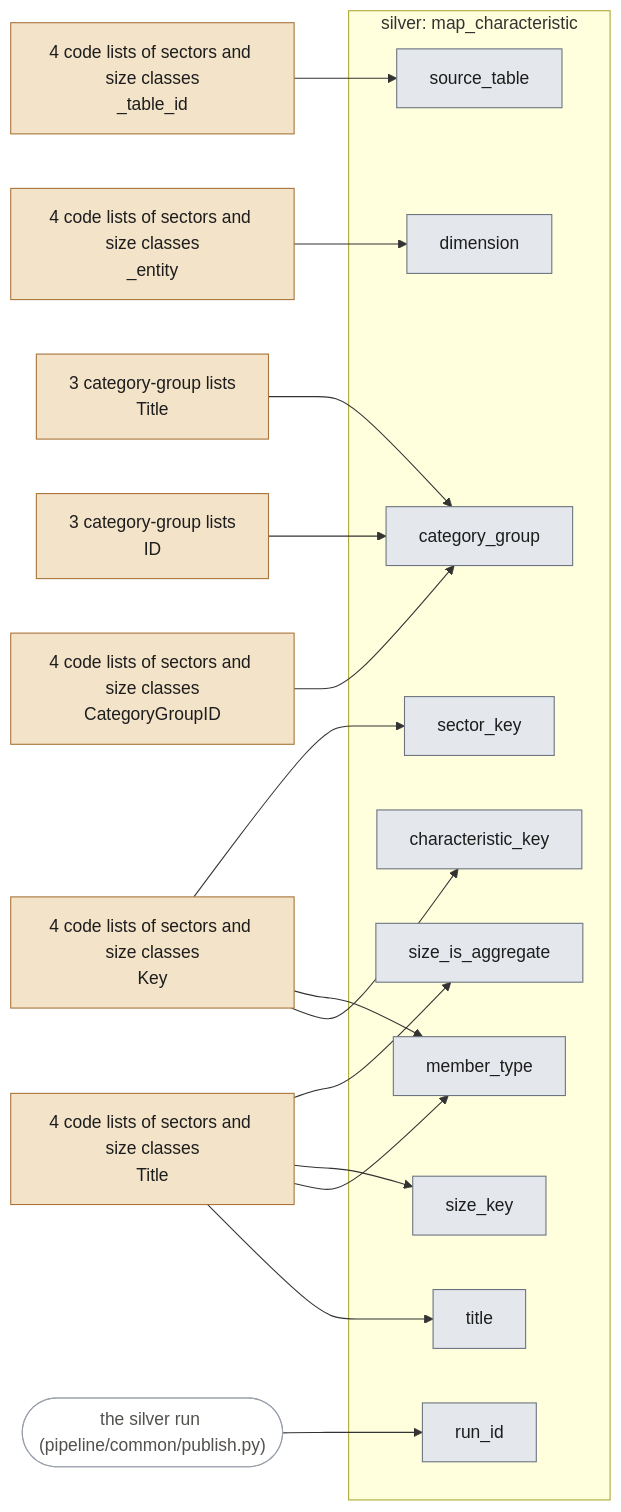
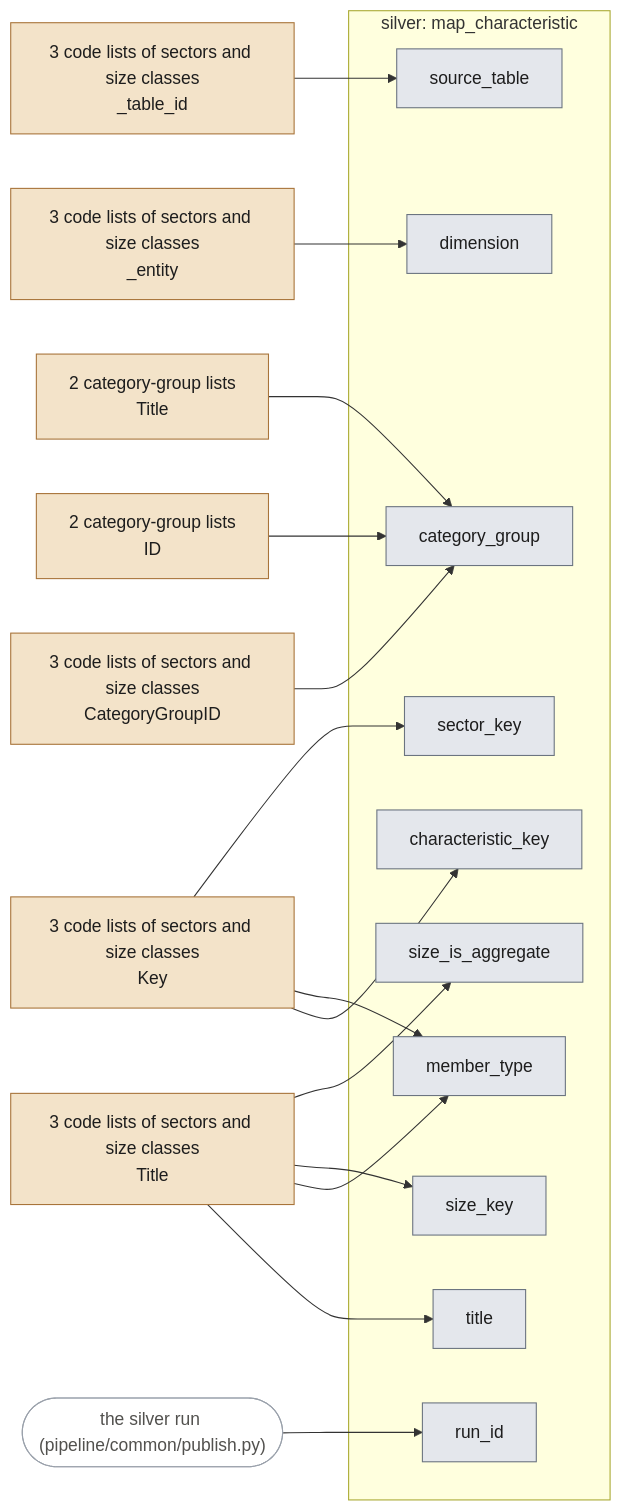
One commit to stefancodecommit/AOV_Lakehouse changed the second of 18 diagrams in docs/lineage.md. Above: the diagram before and after it, drawn with Mermaid. The commit also changed other lines of this file and 20 other files, not shown here.

First line of the commit message:
Remove CBS 83130NED: the old absence survey reached no gold table

````diff
--- a/docs/lineage.md
+++ b/docs/lineage.md
@@ -126,41 +119,41 @@
 ```mermaid
 flowchart LR
-  n_src_80072ned_bedrijfskenmerkensbi2008_81589ned_bedrijfstakkenbranchessbi2008_83130ned_bedrijfskenmerken_86009ned_bedrijfskenmerken_CategoryGroupID["4 code lists of sectors and size classes<br/>CategoryGroupID"]:::bronze
-  n_src_80072ned_bedrijfskenmerkensbi2008_81589ned_bedrijfstakkenbranchessbi2008_83130ned_bedrijfskenmerken_86009ned_bedrijfskenmerken_Key["4 code lists of sectors and size classes<br/>Key"]:::bronze
-  n_src_80072ned_bedrijfskenmerkensbi2008_81589ned_bedrijfstakkenbranchessbi2008_83130ned_bedrijfskenmerken_86009ned_bedrijfskenmerken_Title["4 code lists of sectors and size classes<br/>Title"]:::bronze
-  n_src_80072ned_bedrijfskenmerkensbi2008_81589ned_bedrijfstakkenbranchessbi2008_83130ned_bedrijfskenmerken_86009ned_bedrijfskenmerken__entity["4 code lists of sectors and size classes<br/>_entity"]:::bronze
-  n_src_80072ned_bedrijfskenmerkensbi2008_81589ned_bedrijfstakkenbranchessbi2008_83130ned_bedrijfskenmerken_86009ned_bedrijfskenmerken__table_id["4 code lists of sectors and size classes<br/>_table_id"]:::bronze
-  n_src_80072ned_categorygroups_83130ned_categorygroups_86009ned_categorygroups_ID["3 category-group lists<br/>ID"]:::bronze
-  n_src_80072ned_categorygroups_83130ned_categorygroups_86009ned_categorygroups_Title["3 category-group lists<br/>Title"]:::bronze
+  n_src_80072ned_bedrijfskenmerkensbi2008_81589ned_bedrijfstakkenbranchessbi2008_86009ned_bedrijfskenmerken_CategoryGroupID["3 code lists of sectors and size classes<br/>CategoryGroupID"]:::bronze
+  n_src_80072ned_bedrijfskenmerkensbi2008_81589ned_bedrijfstakkenbranchessbi2008_86009ned_bedrijfskenmerken_Key["3 code lists of sectors and size classes<br/>Key"]:::bronze
+  n_src_80072ned_bedrijfskenmerkensbi2008_81589ned_bedrijfstakkenbranchessbi2008_86009ned_bedrijfskenmerken_Title["3 code lists of sectors and size classes<br/>Title"]:::bronze
+  n_src_80072ned_bedrijfskenmerkensbi2008_81589ned_bedrijfstakkenbranchessbi2008_86009ned_bedrijfskenmerken__entity["3 code lists of sectors and size classes<br/>_entity"]:::bronze
+  n_src_80072ned_bedrijfskenmerkensbi2008_81589ned_bedrijfstakkenbranchessbi2008_86009ned_bedrijfskenmerken__table_id["3 code lists of sectors and size classes<br/>_table_id"]:::bronze
+  n_src_80072ned_categorygroups_86009ned_categorygroups_ID["2 category-group lists<br/>ID"]:::bronze
+  n_src_80072ned_categorygroups_86009ned_categorygroups_Title["2 category-group lists<br/>Title"]:::bronze
   run(["the silver run (pipeline/common/publish.py)"]):::run
   subgraph n_tbl_map_characteristic["silver: map_characteristic"]
     n_col_source_table["source_table"]:::silver
     n_col_dimension["dimension"]:::silver
     n_col_characteristic_key["characteristic_key"]:::silver
     n_col_title["title"]:::silver
     n_col_category_group["category_group"]:::silver
     n_col_member_type["member_type"]:::silver
     n_col_sector_key["sector_key"]:::silver
     n_col_size_key["size_key"]:::silver
     n_col_size_is_aggregate["size_is_aggregate"]:::silver
     n_col_run_id["run_id"]:::silver
   end
-  n_src_80072ned_bedrijfskenmerkensbi2008_81589ned_bedrijfstakkenbranchessbi2008_83130ned_bedrijfskenmerken_86009ned_bedrijfskenmerken__table_id --> n_col_source_table
-  n_src_80072ned_bedrijfskenmerkensbi2008_81589ned_bedrijfstakkenbranchessbi2008_83130ned_bedrijfskenmerken_86009ned_bedrijfskenmerken__entity --> n_col_dimension
-  n_src_80072ned_bedrijfskenmerkensbi2008_81589ned_bedrijfstakkenbranchessbi2008_83130ned_bedrijfskenmerken_86009ned_bedrijfskenmerken_Key --> n_col_characteristic_key
-  n_src_80072ned_bedrijfskenmerkensbi2008_81589ned_bedrijfstakkenbranchessbi2008_83130ned_bedrijfskenmerken_86009ned_bedrijfskenmerken_Title --> n_col_title
-  n_src_80072ned_bedrijfskenmerkensbi2008_81589ned_bedrijfstakkenbranchessbi2008_83130ned_bedrijfskenmerken_86009ned_bedrijfskenmerken_CategoryGroupID --> n_col_category_group
-  n_src_80072ned_categorygroups_83130ned_categorygroups_86009ned_categorygroups_ID --> n_col_category_group
-  n_src_80072ned_categorygroups_83130ned_categorygroups_86009ned_categorygroups_Title --> n_col_category_group
-  n_src_80072ned_bedrijfskenmerkensbi2008_81589ned_bedrijfstakkenbranchessbi2008_83130ned_bedrijfskenmerken_86009ned_bedrijfskenmerken_Key --> n_col_member_type
-  n_src_80072ned_bedrijfskenmerkensbi2008_81589ned_bedrijfstakkenbranchessbi2008_83130ned_bedrijfskenmerken_86009ned_bedrijfskenmerken_Title --> n_col_member_type
-  n_src_80072ned_bedrijfskenmerkensbi2008_81589ned_bedrijfstakkenbranchessbi2008_83130ned_bedrijfskenmerken_86009ned_bedrijfskenmerken_Key --> n_col_sector_key
-  n_src_80072ned_bedrijfskenmerkensbi2008_81589ned_bedrijfstakkenbranchessbi2008_83130ned_bedrijfskenmerken_86009ned_bedrijfskenmerken_Title --> n_col_size_key
-  n_src_80072ned_bedrijfskenmerkensbi2008_81589ned_bedrijfstakkenbranchessbi2008_83130ned_bedrijfskenmerken_86009ned_bedrijfskenmerken_Title --> n_col_size_is_aggregate
+  n_src_80072ned_bedrijfskenmerkensbi2008_81589ned_bedrijfstakkenbranchessbi2008_86009ned_bedrijfskenmerken__table_id --> n_col_source_table
+  n_src_80072ned_bedrijfskenmerkensbi2008_81589ned_bedrijfstakkenbranchessbi2008_86009ned_bedrijfskenmerken__entity --> n_col_dimension
+  n_src_80072ned_bedrijfskenmerkensbi2008_81589ned_bedrijfstakkenbranchessbi2008_86009ned_bedrijfskenmerken_Key --> n_col_characteristic_key
+  n_src_80072ned_bedrijfskenmerkensbi2008_81589ned_bedrijfstakkenbranchessbi2008_86009ned_bedrijfskenmerken_Title --> n_col_title
+  n_src_80072ned_bedrijfskenmerkensbi2008_81589ned_bedrijfstakkenbranchessbi2008_86009ned_bedrijfskenmerken_CategoryGroupID --> n_col_category_group
+  n_src_80072ned_categorygroups_86009ned_categorygroups_ID --> n_col_category_group
+  n_src_80072ned_categorygroups_86009ned_categorygroups_Title --> n_col_category_group
+  n_src_80072ned_bedrijfskenmerkensbi2008_81589ned_bedrijfstakkenbranchessbi2008_86009ned_bedrijfskenmerken_Key --> n_col_member_type
+  n_src_80072ned_bedrijfskenmerkensbi2008_81589ned_bedrijfstakkenbranchessbi2008_86009ned_bedrijfskenmerken_Title --> n_col_member_type
+  n_src_80072ned_bedrijfskenmerkensbi2008_81589ned_bedrijfstakkenbranchessbi2008_86009ned_bedrijfskenmerken_Key --> n_col_sector_key
+  n_src_80072ned_bedrijfskenmerkensbi2008_81589ned_bedrijfstakkenbranchessbi2008_86009ned_bedrijfskenmerken_Title --> n_col_size_key
+  n_src_80072ned_bedrijfskenmerkensbi2008_81589ned_bedrijfstakkenbranchessbi2008_86009ned_bedrijfskenmerken_Title --> n_col_size_is_aggregate
   run --> n_col_run_id
   classDef bronze fill:#f3e3c9,stroke:#a8743a,color:#1d1d1d
   classDef silver fill:#e4e7ec,stroke:#6b7480,color:#1d1d1d
   classDef gold fill:#f6ecb8,stroke:#9c7f12,color:#1d1d1d
   classDef silverref fill:#f2f3f5,stroke:#9aa1ab,stroke-dasharray:4 3,color:#1d1d1d
   classDef run fill:#ffffff,stroke:#9aa1ab,color:#52514e
 ```
````
